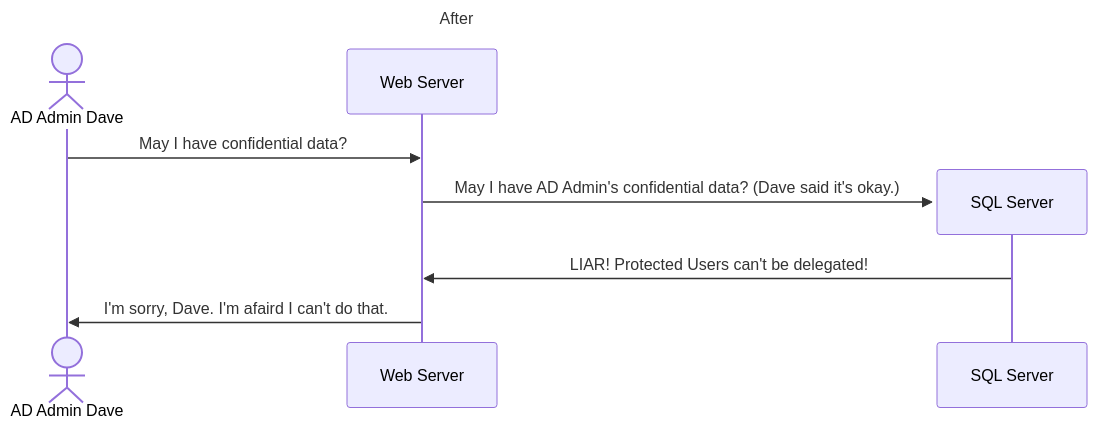
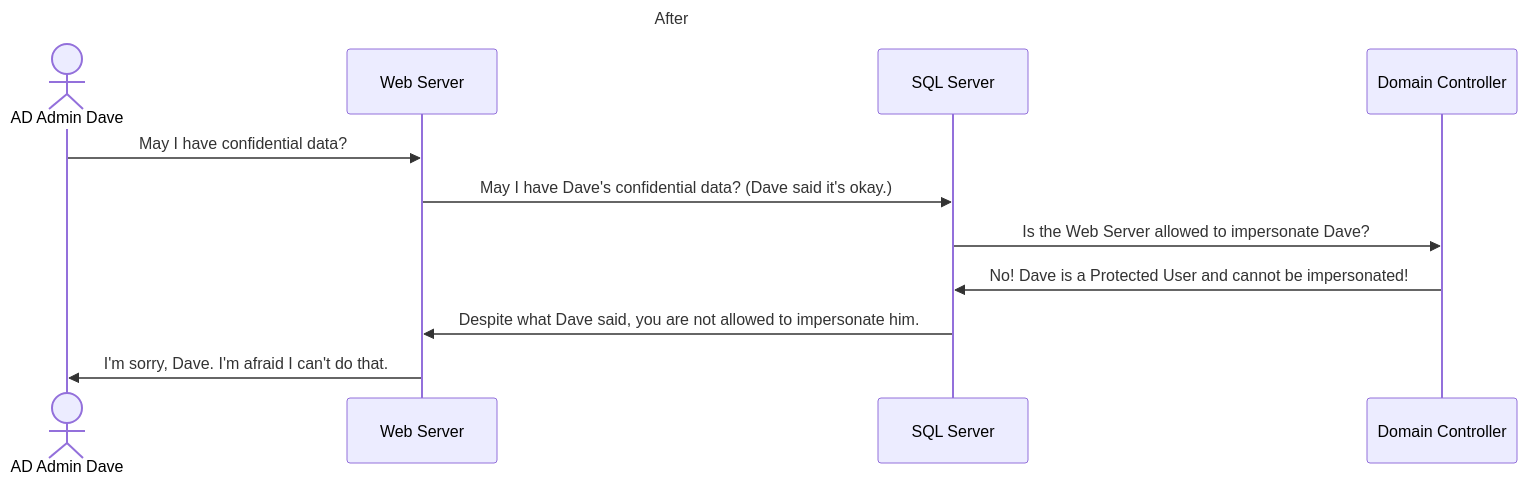
One commit to TrimarcJake/pug-snippets changed the second of 2 diagrams in diagrams/NoDelegation.md. Above: the diagram before and after it, drawn with Mermaid. The commit also changed other lines of this file, not shown here.

Commit message:
Better explanation.

````diff
--- a/diagrams/NoDelegation.md
+++ b/diagrams/NoDelegation.md
@@ -14,12 +18,16 @@
 ``` mermaid
 ---
 title: After
 ---
 sequenceDiagram
   actor AD Admin Dave
+  participant Web Server
+  participant SQL Server
+  participant Domain Controller
   AD Admin Dave ->> Web Server: May I have confidential data?
-  create participant SQL Server
-  Web Server ->> SQL Server: May I have AD Admin's confidential data? (Dave said it's okay.)
-  SQL Server ->> Web Server: LIAR! Protected Users can't be delegated!
-  Web Server ->> AD Admin Dave: I'm sorry, Dave. I'm afaird I can't do that.
+  Web Server ->> SQL Server: May I have Dave's confidential data? (Dave said it's okay.)
+  SQL Server ->> Domain Controller: Is the Web Server allowed to impersonate Dave?
+  Domain Controller ->> SQL Server: No! Dave is a Protected User and cannot be impersonated!
+  SQL Server ->> Web Server: Despite what Dave said, you are not allowed to impersonate him.
+  Web Server ->> AD Admin Dave: I'm sorry, Dave. I'm afraid I can't do that.
 ```
````
